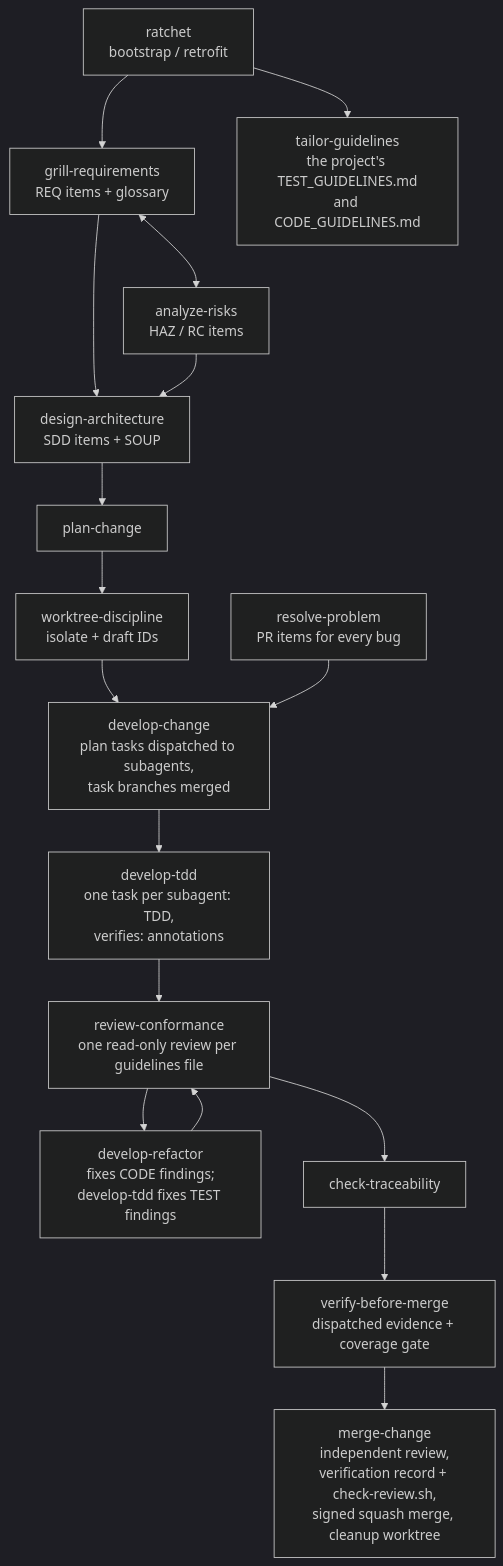
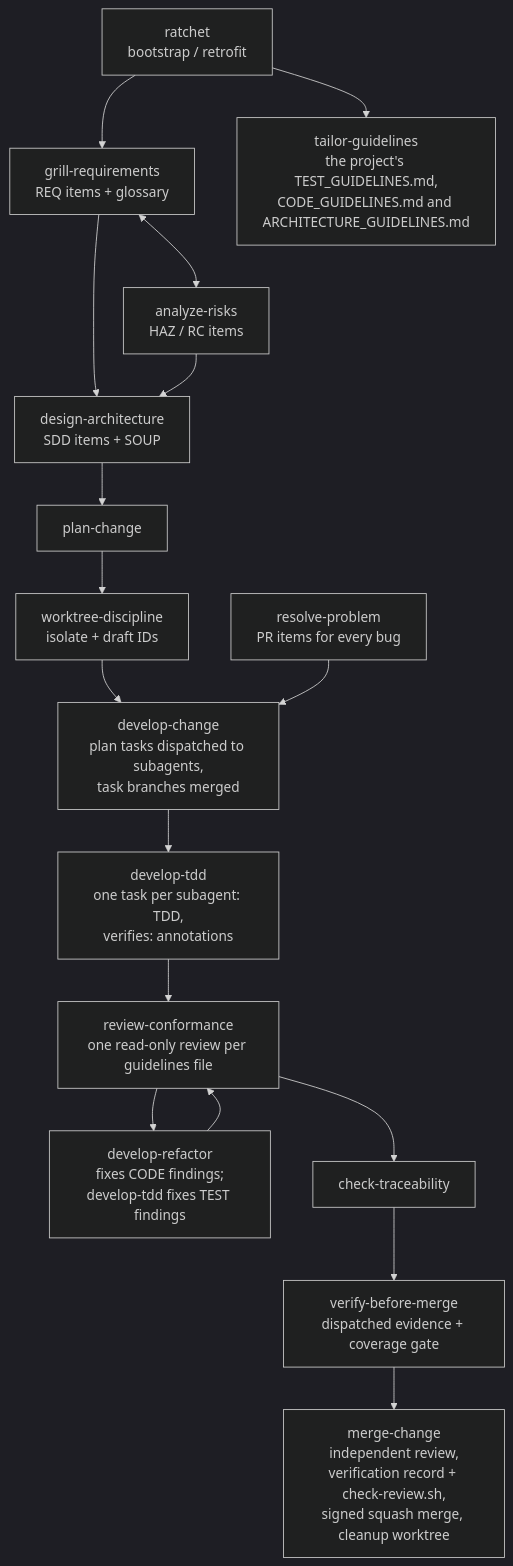
Before and after one commit to Jan-Jan/guardrails: the diagram in README.md, drawn with Mermaid (dark theme). The commit also changed 22 other files, not shown here.

First line of the commit message:
feat: architecture preferences live in ARCHITECTURE_GUIDELINES.md, and a constraint a tool can decide is an LLR with a test

````diff
--- a/README.md
+++ b/README.md
@@ -42,19 +42,19 @@
 ```mermaid
 flowchart TD
     R[ratchet<br/>bootstrap / retrofit] --> G[grill-requirements<br/>REQ items + glossary]
-    R --> TG[tailor-guidelines<br/>the project's TEST_GUIDELINES.md<br/>and CODE_GUIDELINES.md]
+    R --> TG[tailor-guidelines<br/>the project's TEST_GUIDELINES.md,<br/>CODE_GUIDELINES.md and ARCHITECTURE_GUIDELINES.md]
     G <--> A[analyze-risks<br/>HAZ / RC items]
     G --> D[design-architecture<br/>SDD items + SOUP]
     A --> D
     D --> P[plan-change]
     P --> W[worktree-discipline<br/>isolate + draft IDs]
     W --> DEV[develop-change<br/>plan tasks dispatched to subagents,<br/>task branches merged]
     B[resolve-problem<br/>PR items for every bug] --> DEV
     DEV --> TDD[develop-tdd<br/>one task per subagent: TDD,<br/>verifies: annotations]
     TDD --> RC[review-conformance<br/>one read-only review per guidelines file]
     RC --> RF[develop-refactor<br/>fixes CODE findings;<br/>develop-tdd fixes TEST findings]
     RF --> RC
     RC --> CT[check-traceability]
     CT --> V[verify-before-merge<br/>dispatched evidence + coverage gate]
     V --> M[merge-change<br/>independent review,<br/>verification record + check-review.sh,<br/>signed squash merge, cleanup worktree]
 ```
````
